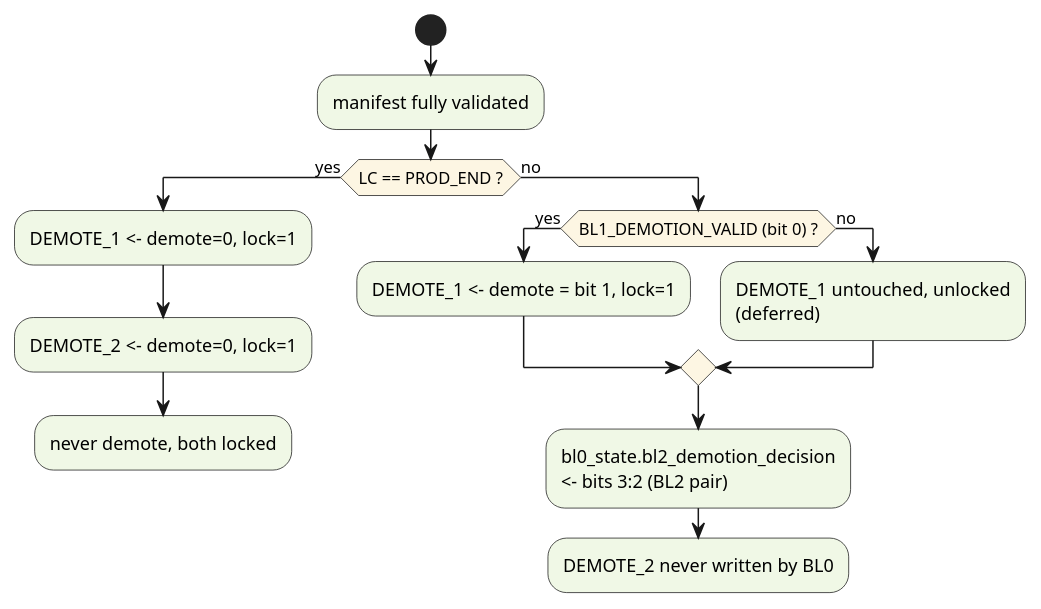
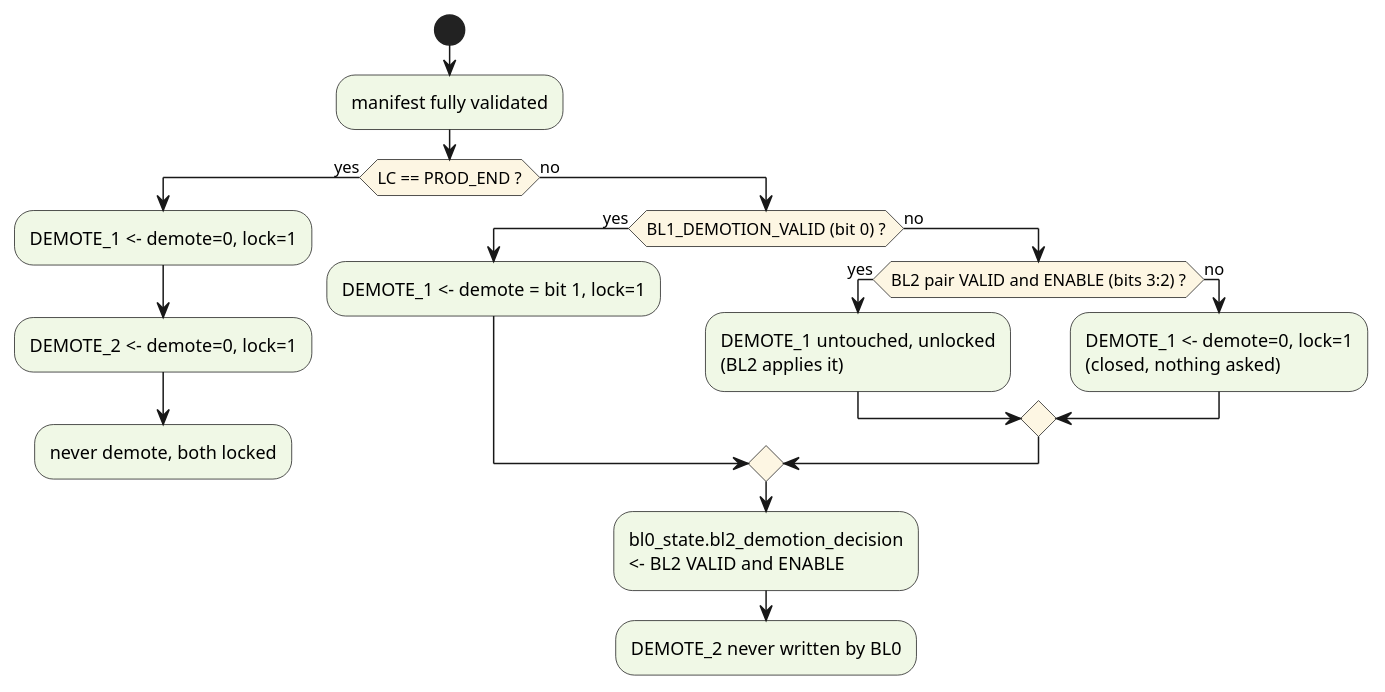
Diagram 11 of 15 in hw/sys/sep/doc/rom.adoc (tenstorrent/tt-oca-harness), drawn with PlantUML before and after one commit. The commit also changed other lines of this file and 1 other file, not shown here.

```diff
--- a/hw/sys/sep/doc/rom.adoc
+++ b/hw/sys/sep/doc/rom.adoc
@@ -1963,26 +1987,31 @@
 [plantuml,demotion-flow,svg]
 ----
 @startuml
 skinparam ActivityBackgroundColor #f0f8e6
 skinparam ActivityDiamondBackgroundColor #fdf6e3
 start
 :manifest fully validated;
 if (LC == PROD_END ?) then (yes)
   :DEMOTE_1 <- demote=0, lock=1;
   :DEMOTE_2 <- demote=0, lock=1;
   :never demote, both locked;
   detach
 else (no)
   if (BL1_DEMOTION_VALID (bit 0) ?) then (yes)
     :DEMOTE_1 <- demote = bit 1, lock=1;
   else (no)
-    :DEMOTE_1 untouched, unlocked
-    (deferred);
+    if (BL2 pair VALID and ENABLE (bits 3:2) ?) then (yes)
+      :DEMOTE_1 untouched, unlocked
+      (BL2 applies it);
+    else (no)
+      :DEMOTE_1 <- demote=0, lock=1
+      (closed, nothing asked);
+    endif
   endif
   :bl0_state.bl2_demotion_decision
-  <- bits 3:2 (BL2 pair);
+  <- BL2 VALID and ENABLE;
   :DEMOTE_2 never written by BL0;
   detach
 endif
 @enduml
 ----
```
